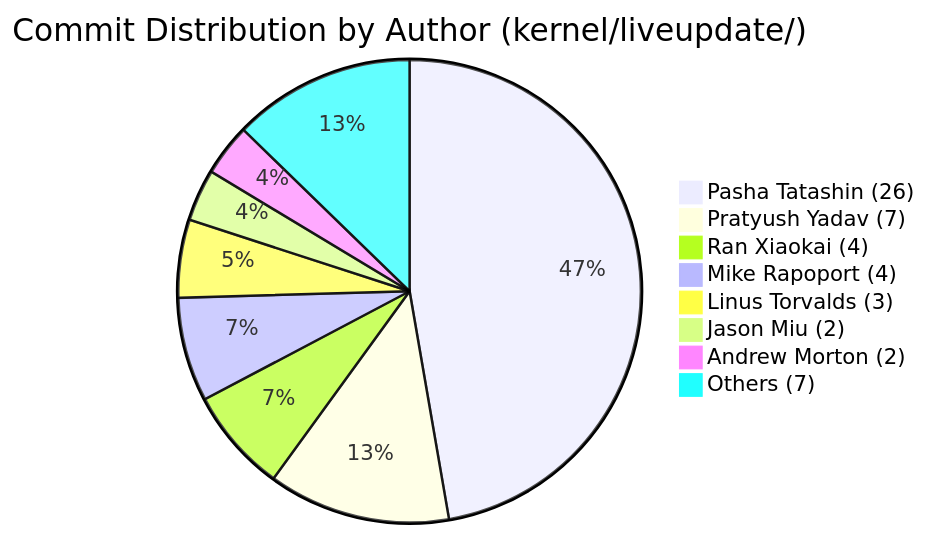
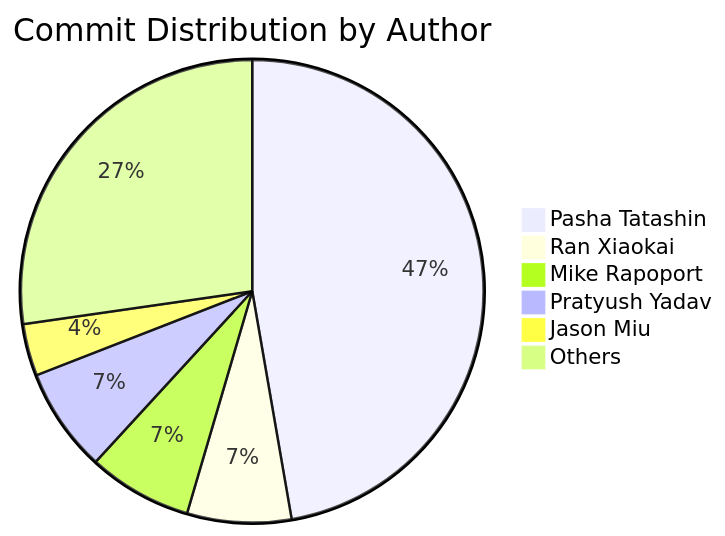
Before and after one commit to Blitzy-Sandbox/blitzy-linux: the second of 4 diagrams in Documentation/liveupdate/archaeology.md, drawn with Mermaid. The commit also changed other lines of this file and 1 other file, not shown here.

````diff
--- a/Documentation/liveupdate/archaeology.md
+++ b/Documentation/liveupdate/archaeology.md
@@ -178,11 +86,9 @@
 ```mermaid
-pie title Commit Distribution by Author (kernel/liveupdate/)
-    "Pasha Tatashin (26)" : 26
-    "Pratyush Yadav (7)" : 7
-    "Ran Xiaokai (4)" : 4
-    "Mike Rapoport (4)" : 4
-    "Linus Torvalds (3)" : 3
-    "Jason Miu (2)" : 2
-    "Andrew Morton (2)" : 2
-    "Others (7)" : 7
+pie title Commit Distribution by Author
+    "Pasha Tatashin" : 26
+    "Ran Xiaokai" : 4
+    "Mike Rapoport" : 4
+    "Pratyush Yadav" : 4
+    "Jason Miu" : 2
+    "Others" : 15
 ```
````
